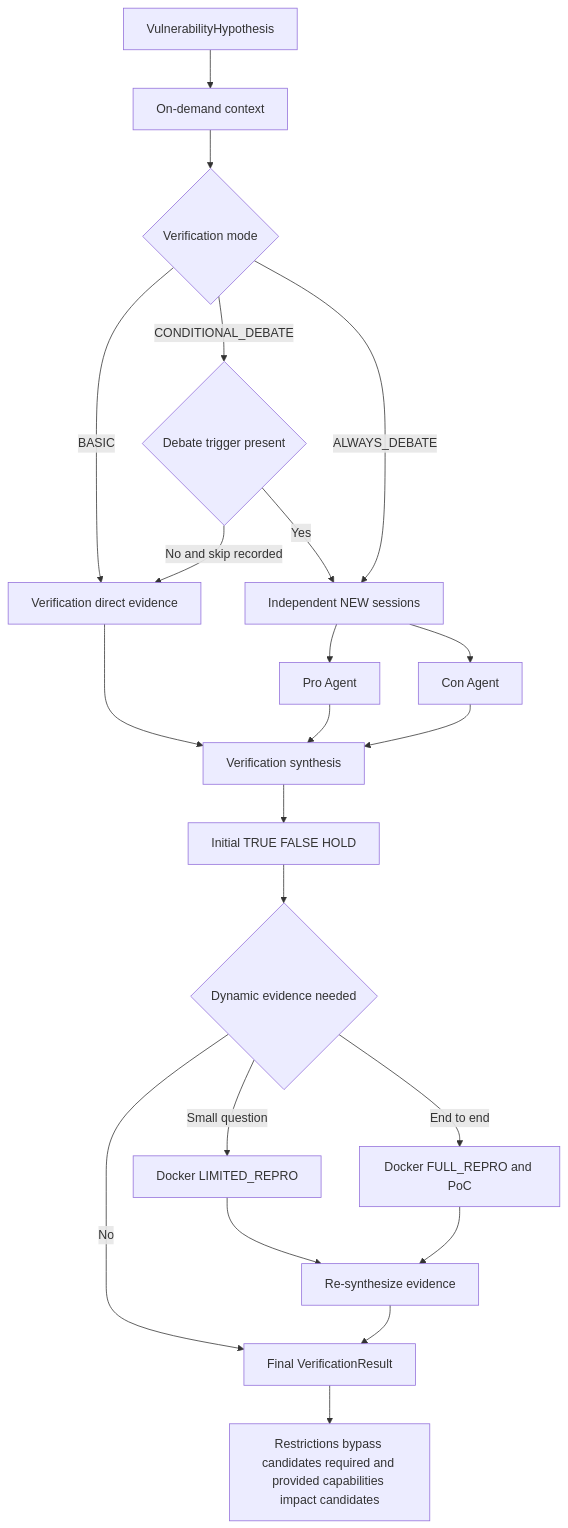
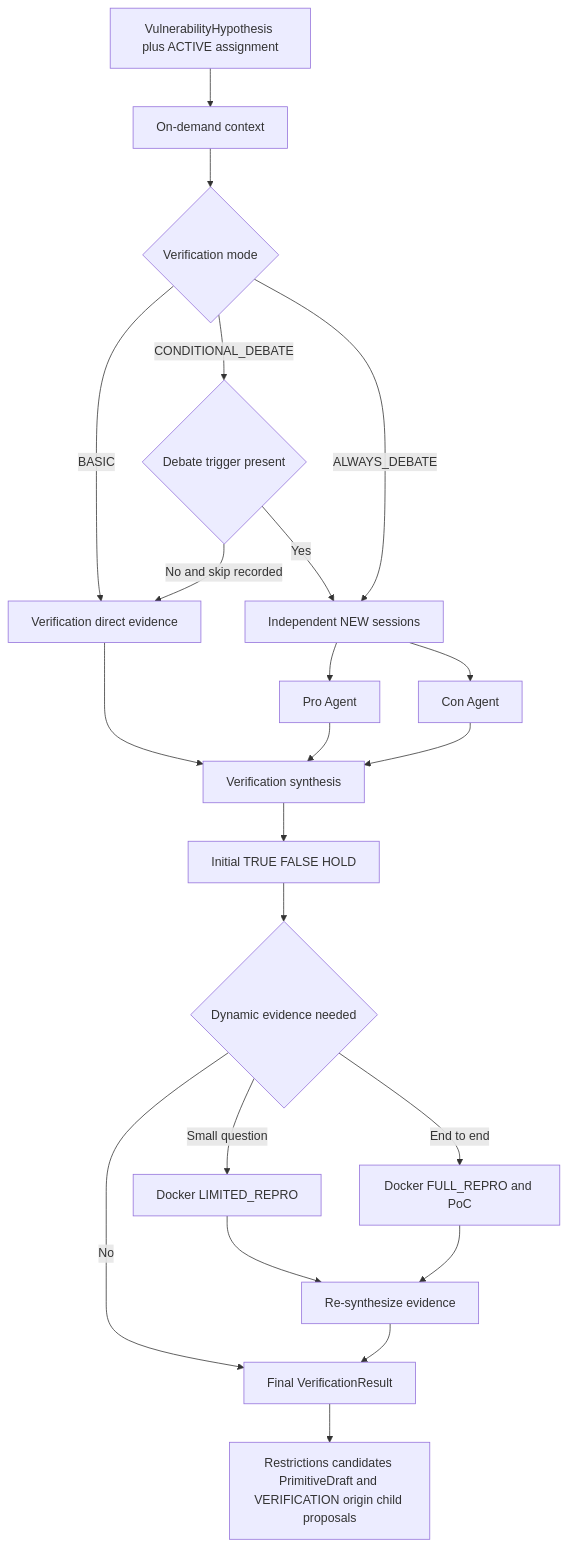
Before and after one commit to SASTsimi/sastsimi: the fourth of 13 diagrams in docs/architecture-v5/13-architecture-diagrams.md, drawn with Mermaid. The commit also changed other lines of this file and 39 other files, not shown here.

Commit message:
docs: make Verification own hypothesis workflows

````diff
--- a/docs/architecture-v5/13-architecture-diagrams.md
+++ b/docs/architecture-v5/13-architecture-diagrams.md
@@ -112,24 +119,24 @@
 ```mermaid
 flowchart TB
-    HYP[VulnerabilityHypothesis] --> CTX[On-demand context]
+    HYP[VulnerabilityHypothesis plus ACTIVE assignment] --> CTX[On-demand context]
     CTX --> MODE{Verification mode}
     MODE -->|BASIC| BASIC[Verification direct evidence]
     MODE -->|CONDITIONAL_DEBATE| TRIGGER{Debate trigger present}
     MODE -->|ALWAYS_DEBATE| FORK[Independent NEW sessions]
     TRIGGER -->|No and skip recorded| BASIC
     TRIGGER -->|Yes| FORK
     FORK --> PRO[Pro Agent]
     FORK --> CON[Con Agent]
     PRO --> SYN[Verification synthesis]
     CON --> SYN
     BASIC --> SYN
     SYN --> INITIAL[Initial TRUE FALSE HOLD]
     INITIAL --> DYN{Dynamic evidence needed}
     DYN -->|No| FINAL[Final VerificationResult]
     DYN -->|Small question| LIMITED[Docker LIMITED_REPRO]
     DYN -->|End to end| FULL[Docker FULL_REPRO and PoC]
     LIMITED --> SYN2[Re-synthesize evidence]
     FULL --> SYN2
     SYN2 --> FINAL
-    FINAL --> OUT[Restrictions bypass candidates required and provided capabilities impact candidates]
+    FINAL --> OUT[Restrictions candidates PrimitiveDraft and VERIFICATION origin child proposals]
 ```
````
